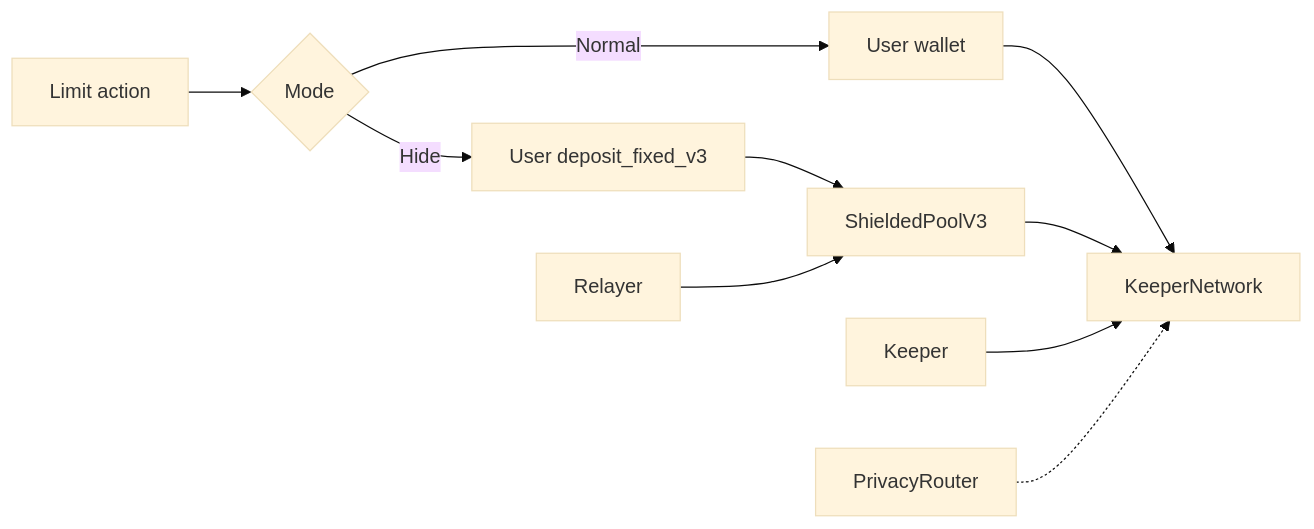
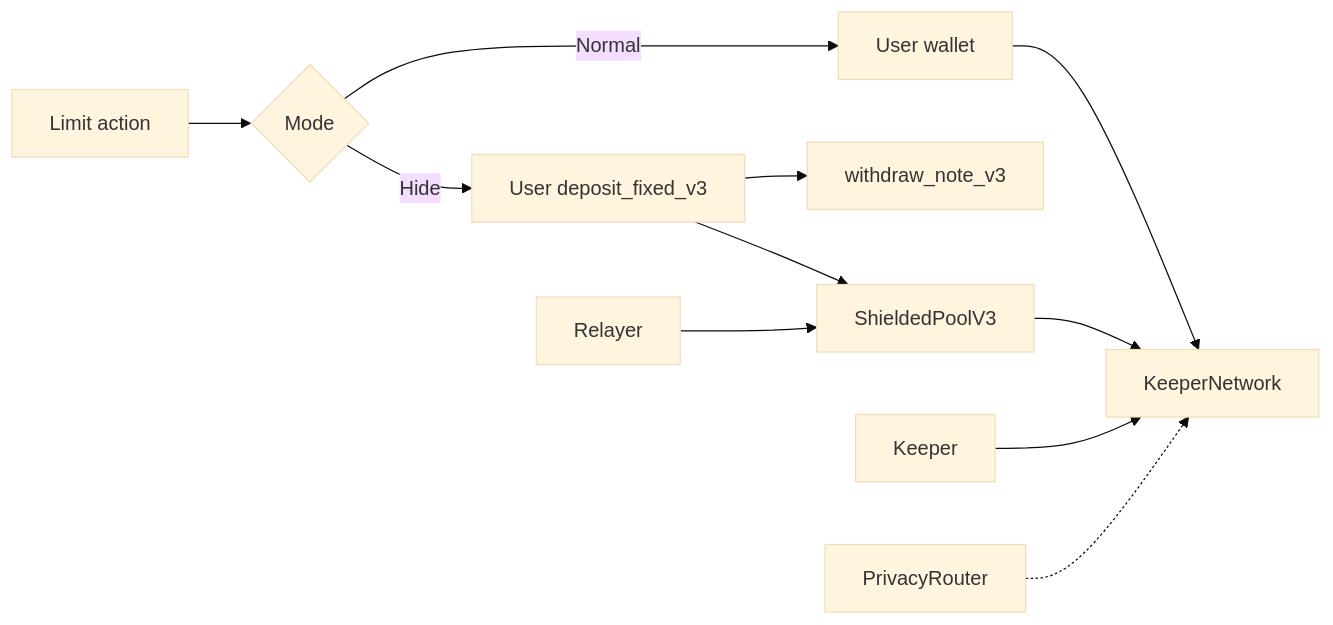
Before and after one commit to ntfound-dev/zkcarel_protocol: the third of 5 diagrams in smartcontract/README.md, drawn with Mermaid (base theme). The commit also changed other lines of this file and 1 other file, not shown here.

````diff
--- a/smartcontract/README.md
+++ b/smartcontract/README.md
@@ -150,12 +151,13 @@
 ```mermaid
 flowchart LR
   A[Limit action] --> B{Mode}
   B -->|Normal| U[User wallet]
   U --> LOB[KeeperNetwork]
   B -->|Hide| NOTE[User deposit_fixed_v3]
+  NOTE --> WD[withdraw_note_v3]
   NOTE --> EXEC[ShieldedPoolV3]
   R[Relayer] --> EXEC
   EXEC --> LOB
   K[Keeper] --> LOB
   PRIV[PrivacyRouter] -.-> LOB
 ```
````
